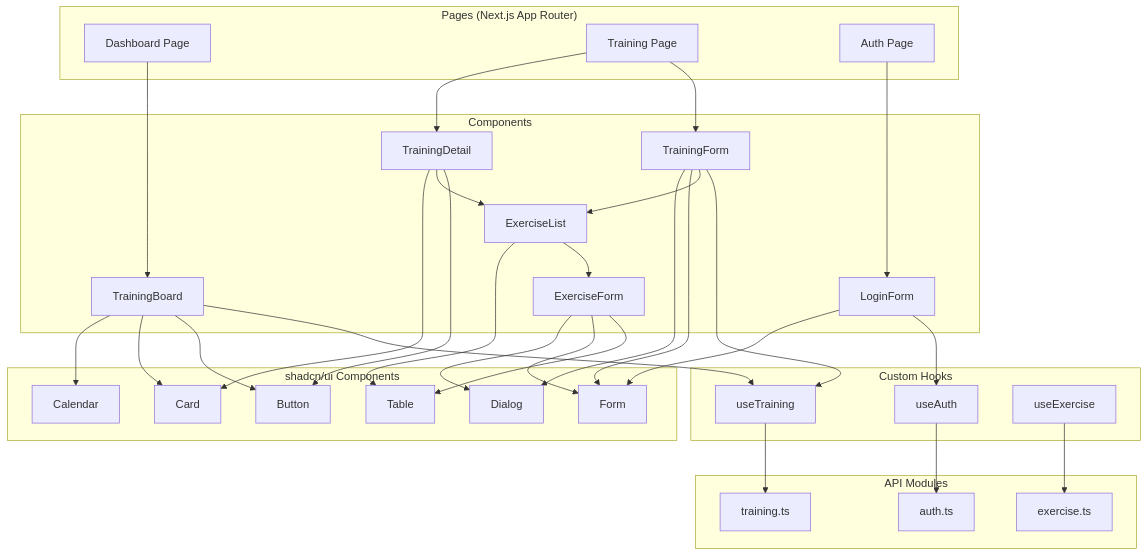
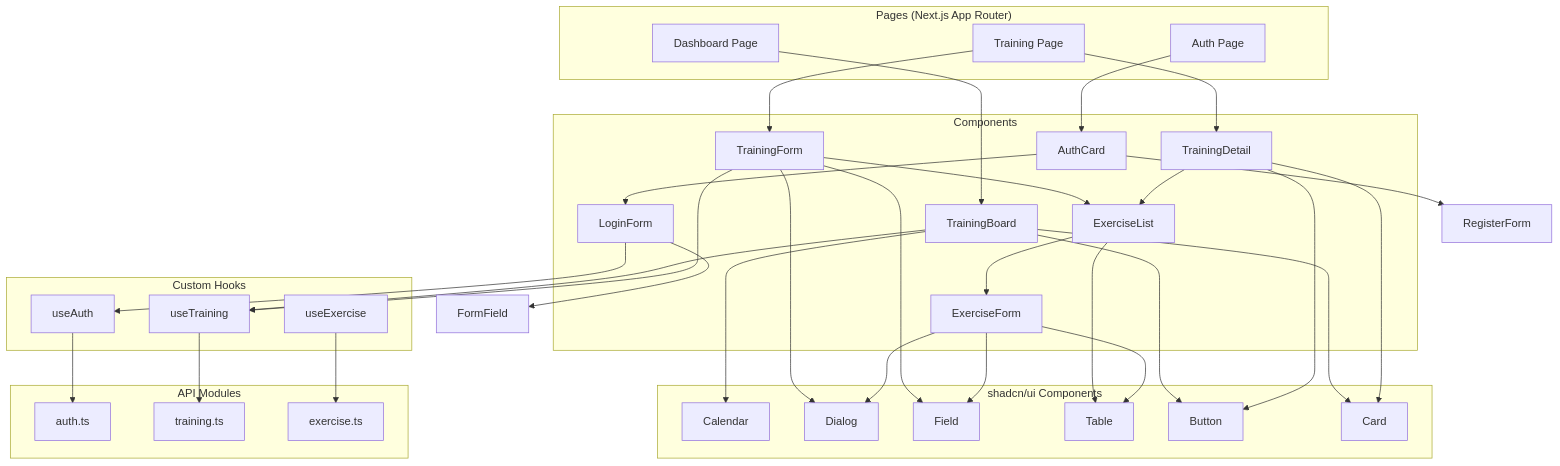
Before and after one commit to MaxKibets/votum_ferri: the sixth of 7 diagrams in docs/SDD.md, drawn with Mermaid. The commit also changed other lines of this file, not shown here.

````diff
--- a/docs/SDD.md
+++ b/docs/SDD.md
@@ -3136,71 +3631,74 @@
 ```mermaid
 graph TB
     subgraph Pages["Pages (Next.js App Router)"]
         DashboardPage["Dashboard Page"]
         TrainingPage["Training Page"]
         AuthPage["Auth Page"]
     end
 
     subgraph Components["Components"]
         TrainingBoard["TrainingBoard"]
         TrainingForm["TrainingForm"]
         TrainingDetail["TrainingDetail"]
         ExerciseList["ExerciseList"]
         ExerciseForm["ExerciseForm"]
+        AuthCard["AuthCard"]
         LoginForm["LoginForm"]
     end
 
     subgraph UI["shadcn/ui Components"]
         Calendar["Calendar"]
         Dialog["Dialog"]
-        Form["Form"]
+        Field["Field"]
         Table["Table"]
         Button["Button"]
         Card["Card"]
     end
 
     subgraph Hooks["Custom Hooks"]
         useAuth["useAuth"]
         useTraining["useTraining"]
         useExercise["useExercise"]
     end
 
     subgraph API["API Modules"]
         AuthAPI["auth.ts"]
         TrainingAPI["training.ts"]
         ExerciseAPI["exercise.ts"]
     end
 
     DashboardPage --> TrainingBoard
     TrainingPage --> TrainingDetail
     TrainingPage --> TrainingForm
-    AuthPage --> LoginForm
+    AuthPage --> AuthCard
+    AuthCard --> LoginForm
+    AuthCard --> RegisterForm
 
     TrainingBoard --> Calendar
     TrainingBoard --> Card
     TrainingBoard --> Button
     TrainingBoard --> useTraining
 
     TrainingForm --> Dialog
-    TrainingForm --> Form
+    TrainingForm --> Field
     TrainingForm --> ExerciseList
     TrainingForm --> useTraining
 
     TrainingDetail --> Card
     TrainingDetail --> ExerciseList
     TrainingDetail --> Button
 
     ExerciseList --> Table
     ExerciseList --> ExerciseForm
 
     ExerciseForm --> Dialog
-    ExerciseForm --> Form
+    ExerciseForm --> Field
     ExerciseForm --> Table
 
-    LoginForm --> Form
+    LoginForm --> FormField
     LoginForm --> useAuth
 
     useAuth --> AuthAPI
     useTraining --> TrainingAPI
     useExercise --> ExerciseAPI
 ```
````
